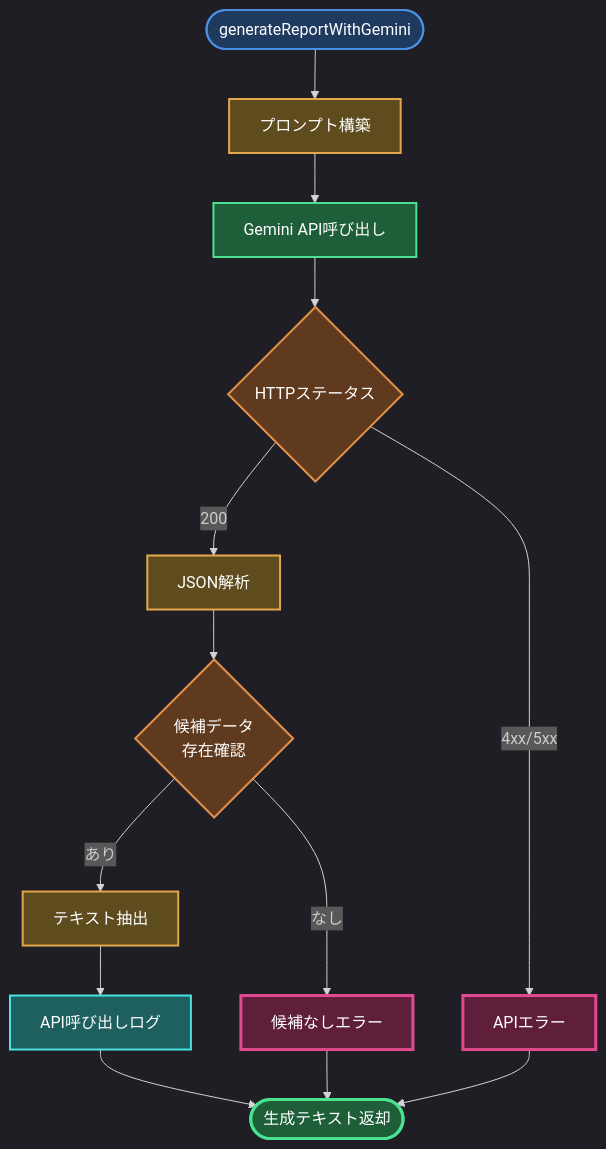
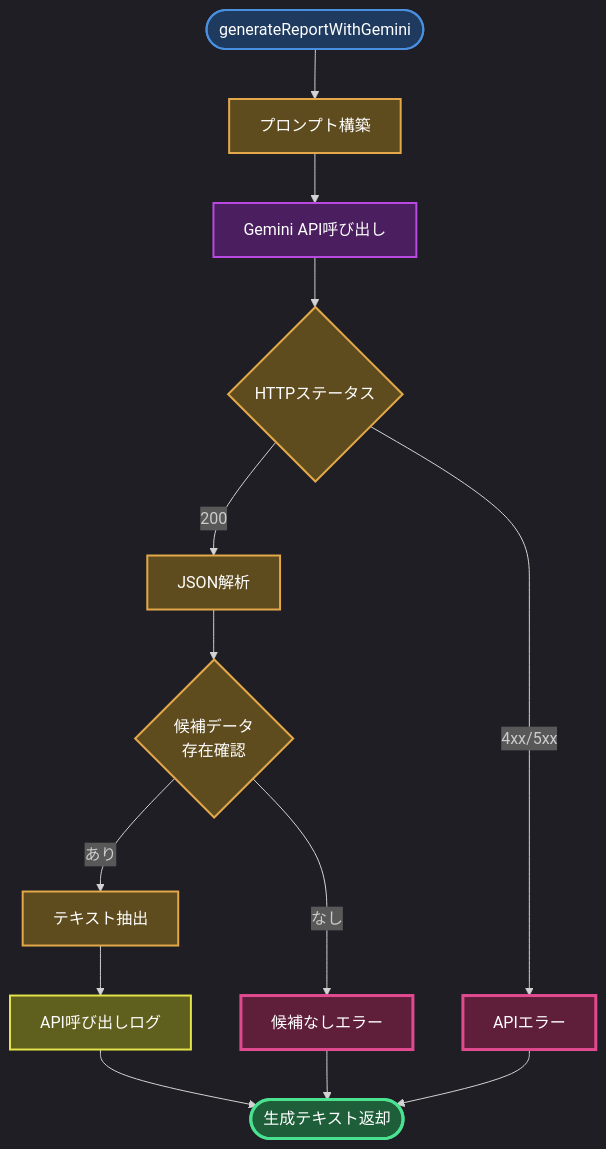
One commit to tasai-lab/appsheet-gas-automation changed the third of 5 diagrams in gas_projects/projects/nursing/Appsheet_訪問看護_報告書/FLOW.md. Above: the diagram before and after it, drawn with Mermaid. The commit also changed other lines of this file and 15 other files, not shown here.

First line of the commit message:
docs: FLOW.mdにダークモード対応配色を適用 - 全15プロジェクト完了

````diff
--- a/gas_projects/projects/nursing/Appsheet_訪問看護_報告書/FLOW.md
+++ b/gas_projects/projects/nursing/Appsheet_訪問看護_報告書/FLOW.md
@@ -66,29 +66,29 @@
 ```mermaid
 %%{init: {'theme':'dark'}}%%
 graph TB
     Start([generateReportWithGemini]):::entry --> BuildPrompt[プロンプト構築]:::process
 
     BuildPrompt --> CallAPI[Gemini API呼び出し]:::gemini
 
     CallAPI --> CheckStatus{HTTPステータス}:::decision
     CheckStatus -->|200| ParseJSON[JSON解析]:::process
     CheckStatus -->|4xx/5xx| APIError[APIエラー]:::error
 
     ParseJSON --> ValidateResponse{候補データ<br/>存在確認}:::decision
     ValidateResponse -->|あり| ExtractText[テキスト抽出]:::process
     ValidateResponse -->|なし| NoCandidate[候補なしエラー]:::error
 
     ExtractText --> LogAPI[API呼び出しログ]:::log
     LogAPI --> Return([生成テキスト返却]):::success
 
     APIError --> Return
     NoCandidate --> Return
 
-    classDef entry fill:#1e3a5f,stroke:#4a90e2,stroke-width:2px,color:#fff
-    classDef process fill:#5f4c1e,stroke:#e2a84a,stroke-width:2px,color:#fff
-    classDef decision fill:#5f3a1e,stroke:#e2904a,stroke-width:2px,color:#fff
-    classDef gemini fill:#1e5f3a,stroke:#4ae290,stroke-width:2px,color:#fff
-    classDef log fill:#1e5f5f,stroke:#4ae2e2,stroke-width:2px,color:#fff
-    classDef success fill:#1e5f3a,stroke:#4ae290,stroke-width:3px,color:#fff
-    classDef error fill:#5f1e3a,stroke:#e24a90,stroke-width:3px,color:#fff
+    classDef entry fill:#1e3a5f,stroke:#4a90e2,stroke-width:2px,color:#ffffff
+    classDef process fill:#5f4c1e,stroke:#e2a84a,stroke-width:2px,color:#ffffff
+    classDef decision fill:#5f4c1e,stroke:#e2a84a,stroke-width:2px,color:#ffffff
+    classDef gemini fill:#4a1e5f,stroke:#b84ae2,stroke-width:2px,color:#ffffff
+    classDef log fill:#5f5f1e,stroke:#e2e24a,stroke-width:2px,color:#ffffff
+    classDef success fill:#1e5f3a,stroke:#4ae290,stroke-width:3px,color:#ffffff
+    classDef error fill:#5f1e3a,stroke:#e24a90,stroke-width:3px,color:#ffffff
 ```
````
